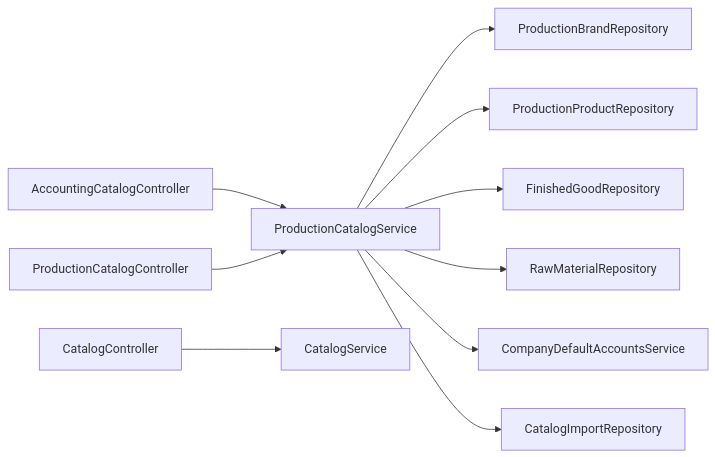
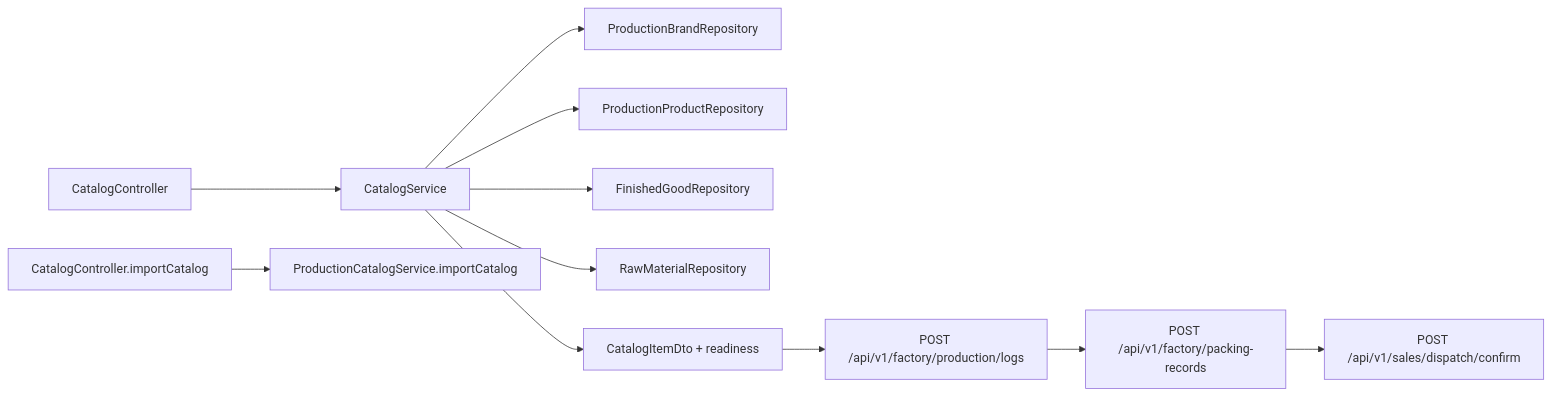
Before and after one commit to evilfps/bigbrightpaints-erp: the diagram in docs/developer/accounting-flows/13-catalog-sku-and-product-flows.md, drawn with Mermaid. The commit also changed other lines of this file and 13 other files, not shown here.

Commit message:
docs(factory): align developer packets with canonical item flow

````diff
--- a/docs/developer/accounting-flows/13-catalog-sku-and-product-flows.md
+++ b/docs/developer/accounting-flows/13-catalog-sku-and-product-flows.md
@@ -28,13 +28,15 @@
 ```mermaid
 flowchart LR
-    ACC["AccountingCatalogController"] --> PCS["ProductionCatalogService"]
     CAT["CatalogController"] --> CS["CatalogService"]
-    PROD["ProductionCatalogController"] --> PCS
+    IMPORT["CatalogController.importCatalog"] --> PCS["ProductionCatalogService.importCatalog"]
 
-    PCS --> BR["ProductionBrandRepository"]
-    PCS --> PR["ProductionProductRepository"]
-    PCS --> FG["FinishedGoodRepository"]
-    PCS --> RM["RawMaterialRepository"]
-    PCS --> CDA["CompanyDefaultAccountsService"]
-    PCS --> IMP["CatalogImportRepository"]
+    CS --> BR["ProductionBrandRepository"]
+    CS --> PR["ProductionProductRepository"]
+    CS --> FG["FinishedGoodRepository"]
+    CS --> RM["RawMaterialRepository"]
+
+    CS --> READY["CatalogItemDto + readiness"]
+    READY --> PLOG["POST /api/v1/factory/production/logs"]
+    PLOG --> PACK["POST /api/v1/factory/packing-records"]
+    PACK --> DISP["POST /api/v1/sales/dispatch/confirm"]
 ```
````
